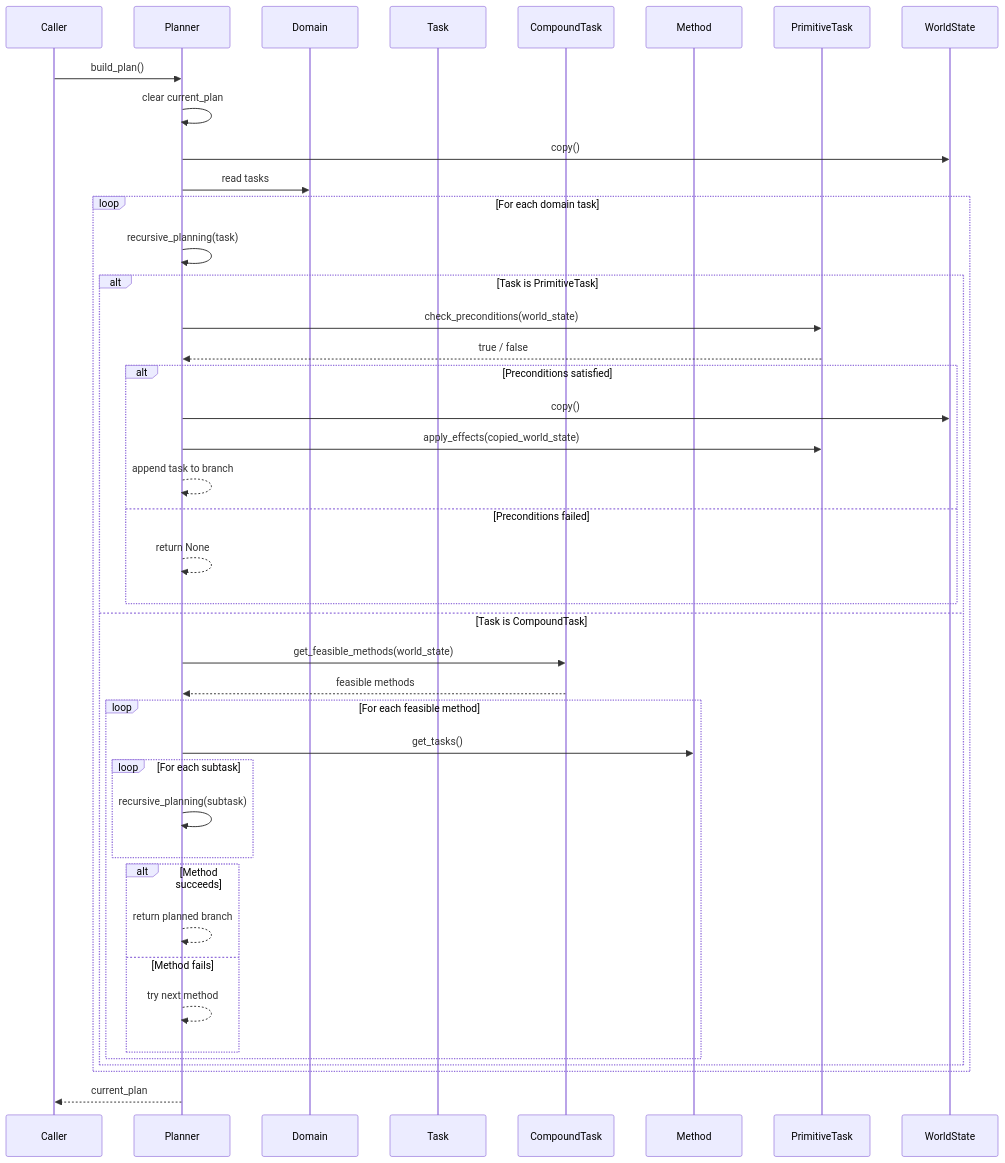
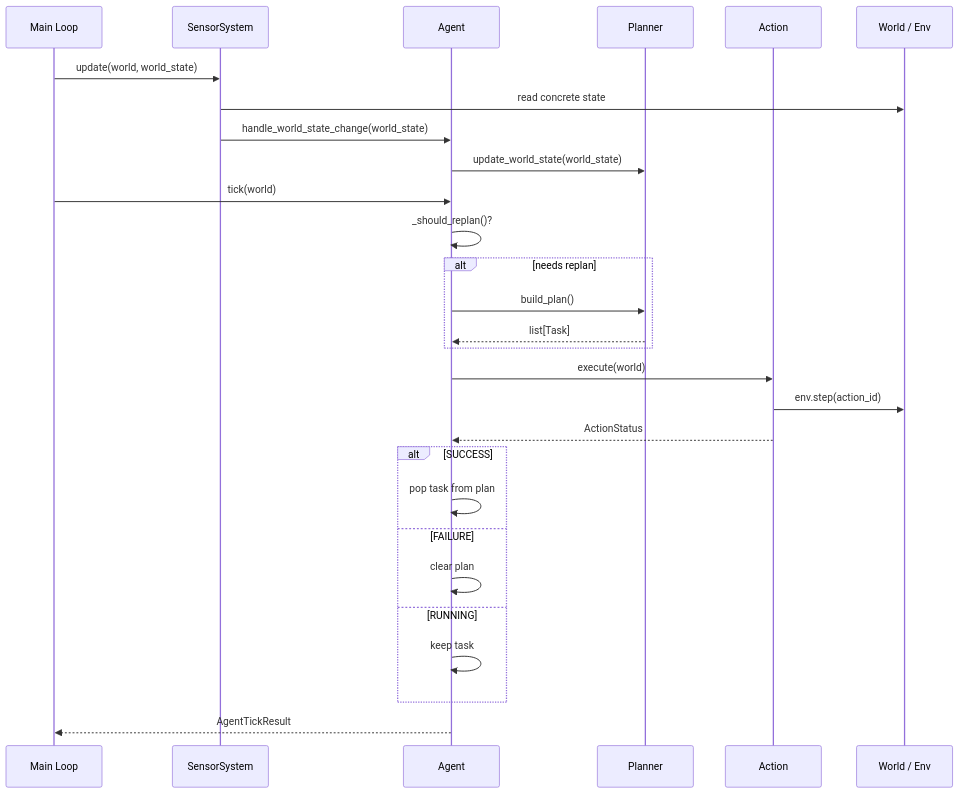
Before and after one commit to AndersonGACFilho/htn-goap-morl-agent: the first of 2 diagrams in src/htn/README.md, drawn with Mermaid. The commit also changed other lines of this file, not shown here.

First line of the commit message:
docs(htn): expand README with runtime architecture and GridWorld example

````diff
--- a/src/htn/README.md
+++ b/src/htn/README.md
@@ -441,53 +497,36 @@
 ```mermaid
 sequenceDiagram
-    participant Caller
+    participant MainLoop as Main Loop
+    participant SensorSystem
+    participant Agent
     participant Planner
-    participant Domain
-    participant Task
-    participant CompoundTask
-    participant Method
-    participant PrimitiveTask
-    participant WorldState
+    participant Action
+    participant Env as World / Env
 
-    Caller->>Planner: build_plan()
-    Planner->>Planner: clear current_plan
-    Planner->>WorldState: copy()
-    Planner->>Domain: read tasks
+    MainLoop->>SensorSystem: update(world, world_state)
+    SensorSystem->>Env: read concrete state
+    SensorSystem->>Agent: handle_world_state_change(world_state)
+    Agent->>Planner: update_world_state(world_state)
 
-    loop For each domain task
-        Planner->>Planner: recursive_planning(task)
+    MainLoop->>Agent: tick(world)
+    Agent->>Agent: _should_replan()?
 
-        alt Task is PrimitiveTask
-            Planner->>PrimitiveTask: check_preconditions(world_state)
-            PrimitiveTask-->>Planner: true / false
-
-            alt Preconditions satisfied
-                Planner->>WorldState: copy()
-                Planner->>PrimitiveTask: apply_effects(copied_world_state)
-                Planner-->>Planner: append task to branch
-            else Preconditions failed
-                Planner-->>Planner: return None
-            end
-
-        else Task is CompoundTask
-            Planner->>CompoundTask: get_feasible_methods(world_state)
-            CompoundTask-->>Planner: feasible methods
-
-            loop For each feasible method
-                Planner->>Method: get_tasks()
-
-                loop For each subtask
-                    Planner->>Planner: recursive_planning(subtask)
-                end
-
-                alt Method succeeds
-                    Planner-->>Planner: return planned branch
-                else Method fails
-                    Planner-->>Planner: try next method
-                end
-            end
-        end
+    alt needs replan
+        Agent->>Planner: build_plan()
+        Planner-->>Agent: list[Task]
     end
 
-    Planner-->>Caller: current_plan
+    Agent->>Action: execute(world)
+    Action->>Env: env.step(action_id)
+    Action-->>Agent: ActionStatus
+
+    alt SUCCESS
+        Agent->>Agent: pop task from plan
+    else FAILURE
+        Agent->>Agent: clear plan
+    else RUNNING
+        Agent->>Agent: keep task
+    end
+
+    Agent-->>MainLoop: AgentTickResult
 ```
````
